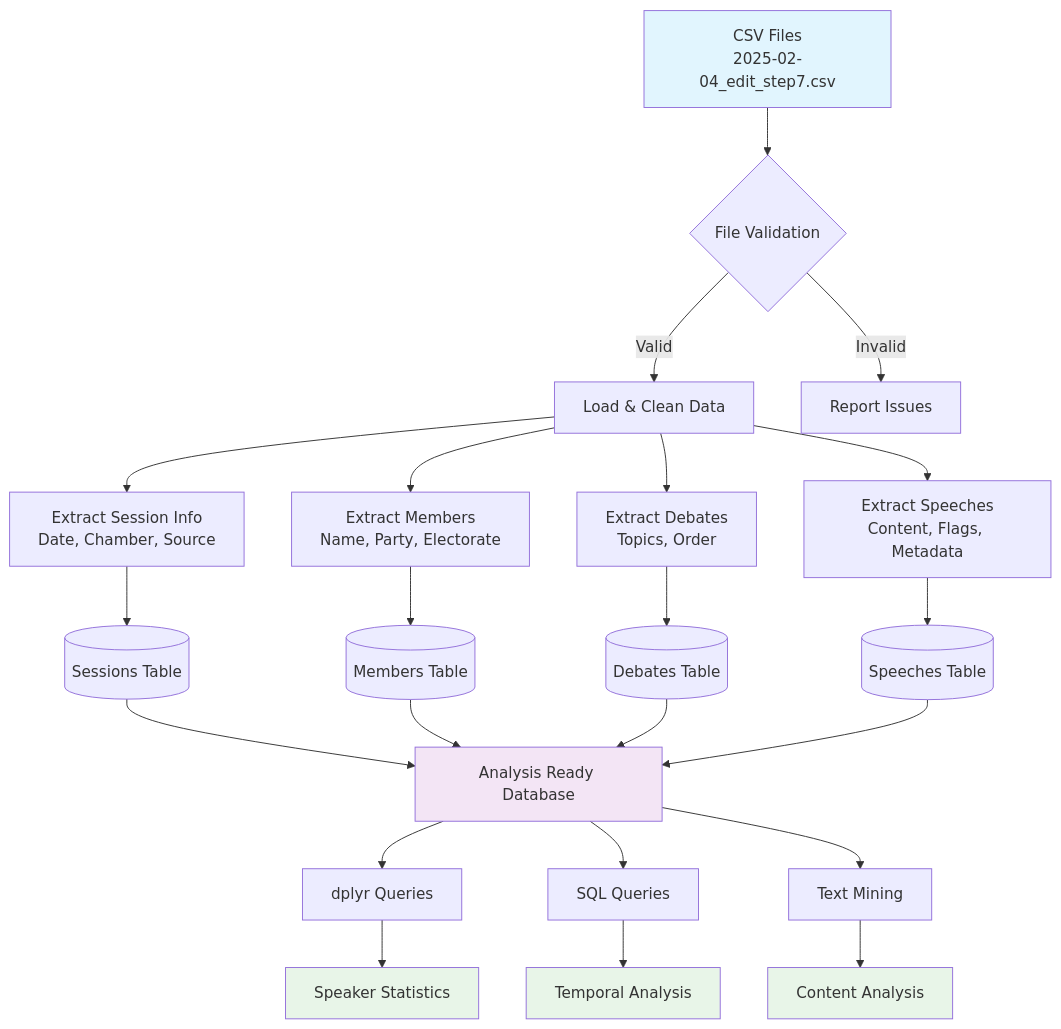
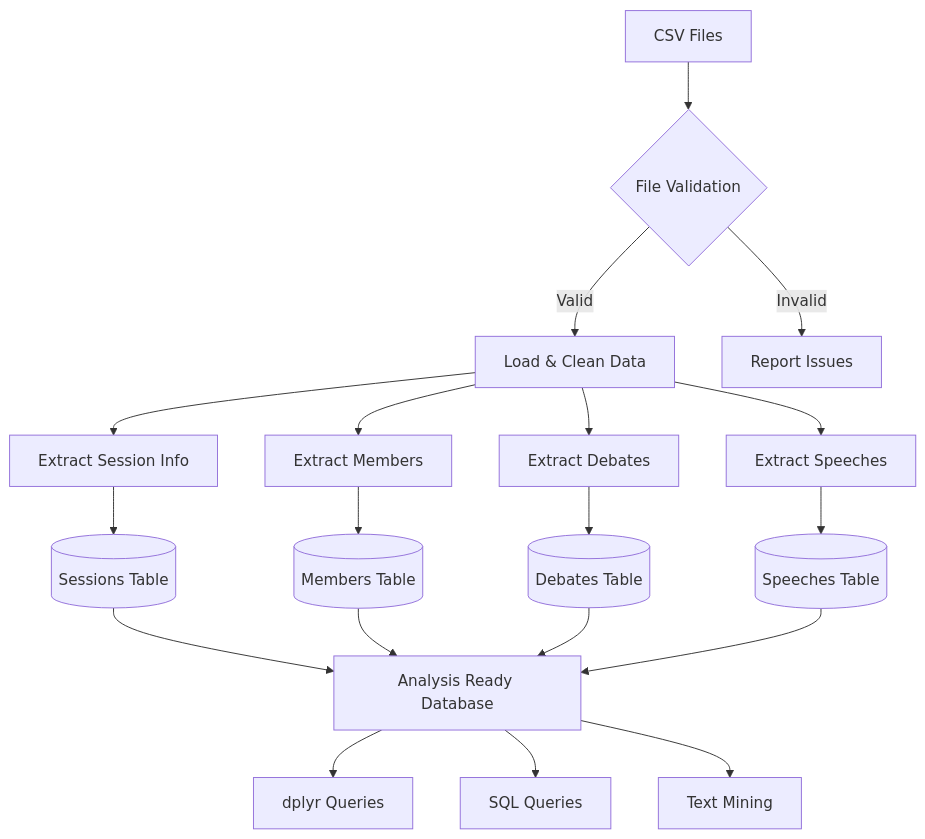
One commit to Australian-Parliamentary-Speech/hansardR changed the second of 2 diagrams in README.md. Above: the diagram before and after it, drawn with Mermaid. The commit also changed other lines of this file and 2 other files, not shown here.

Commit message:
Revert to mermaid direct rendering

````diff
--- a/README.md
+++ b/README.md
@@ -209,38 +174,25 @@
-<div class="mermaid">
-
+``` mermaid
 flowchart TD
-
-    A[CSV Files<br/>2025-02-04_edit_step7.csv] --> B{File Validation}
+    A[CSV Files] --> B{File Validation}
     B -->|Valid| C[Load & Clean Data]
     B -->|Invalid| D[Report Issues]
-
-    C --> E[Extract Session Info<br/>Date, Chamber, Source]
-    C --> F[Extract Members<br/>Name, Party, Electorate]
-    C --> G[Extract Debates<br/>Topics, Order]
-    C --> H[Extract Speeches<br/>Content, Flags, Metadata]
-
+    
+    C --> E[Extract Session Info]
+    C --> F[Extract Members]
+    C --> G[Extract Debates]
+    C --> H[Extract Speeches]
+    
     E --> I[(Sessions Table)]
     F --> J[(Members Table)]
     G --> K[(Debates Table)]
     H --> L[(Speeches Table)]
-
+    
     I --> M[Analysis Ready Database]
     J --> M
     K --> M
     L --> M
-
+    
     M --> N[dplyr Queries]
     M --> O[SQL Queries]
     M --> P[Text Mining]
-
-    N --> Q[Speaker Statistics]
-    O --> R[Temporal Analysis]
-    P --> S[Content Analysis]
-
-    style A fill:#e1f5fe
-    style M fill:#f3e5f5
-    style Q fill:#e8f5e8
-    style R fill:#e8f5e8
-    style S fill:#e8f5e8
-
-</div>
+```
````
